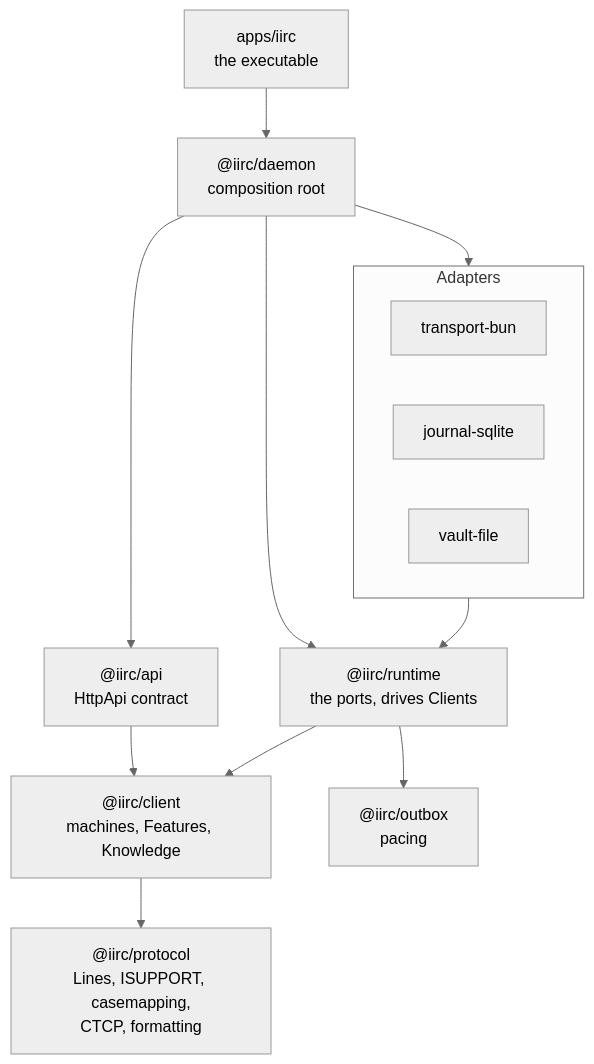
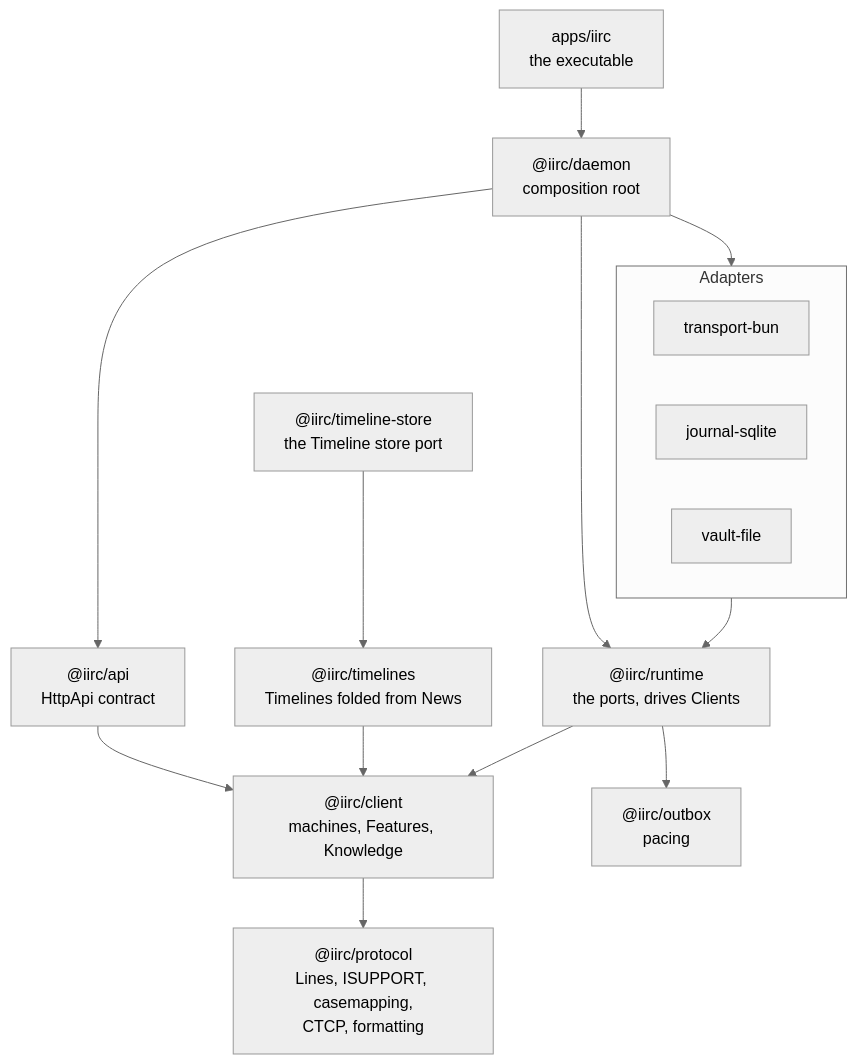
Before and after one commit to deankerr/iirc: the second of 5 diagrams in docs/architecture.md, drawn with Mermaid (neutral theme). The commit also changed other lines of this file and 24 other files, not shown here.

First line of the commit message:
Fold News into Timelines, and define the store that keeps them

````diff
--- a/docs/architecture.md
+++ b/docs/architecture.md
@@ -57,23 +58,27 @@
 ```mermaid
 flowchart TB
   protocol["@iirc/protocol<br/>Lines, ISUPPORT, casemapping,<br/>CTCP, formatting"]
   client["@iirc/client<br/>machines, Features, Knowledge"]
   outbox["@iirc/outbox<br/>pacing"]
+  timelines["@iirc/timelines<br/>Timelines folded from News"]
+  store["@iirc/timeline-store<br/>the Timeline store port"]
   runtime["@iirc/runtime<br/>the ports, drives Clients"]
   api["@iirc/api<br/>HttpApi contract"]
   daemon["@iirc/daemon<br/>composition root"]
   app["apps/iirc<br/>the executable"]
 
   subgraph adapters["Adapters"]
     tbun["transport-bun"]
     jsql["journal-sqlite"]
     vfile["vault-file"]
   end
 
   client --> protocol
   runtime --> client & outbox
+  timelines --> client
+  store --> timelines
   adapters --> runtime
   api --> client
   daemon --> api & runtime & adapters
   app --> daemon
 ```
````
